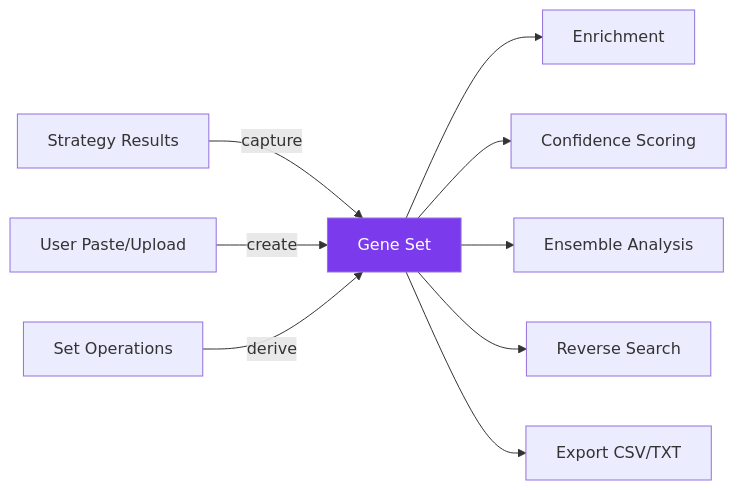
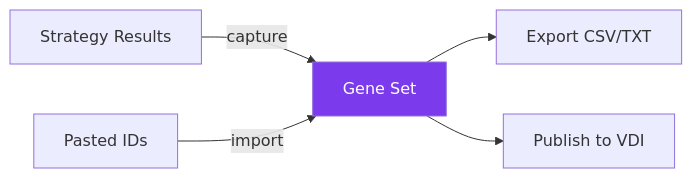
The diagram in apps/api/docs/api/gene_sets.rst (VEuPathDB/pathfinder-app), drawn with Mermaid before and after one commit. The commit also changed other lines of this file and 855 other files, not shown here.

```diff
--- a/apps/api/docs/api/gene_sets.rst
+++ b/apps/api/docs/api/gene_sets.rst
@@ -15,13 +14,9 @@
 .. mermaid::
 
    flowchart LR
        A["Strategy Results"] -->|capture| B["Gene Set"]
-       C["User Paste/Upload"] -->|create| B
-       D["Set Operations"] -->|derive| B
-       B --> E["Enrichment"]
-       B --> F["Confidence Scoring"]
-       B --> G["Ensemble Analysis"]
-       B --> H["Reverse Search"]
+       C["Pasted IDs"] -->|import| B
        B --> I["Export CSV/TXT"]
+       B --> V["Publish to VDI"]
 
        style B fill:#7c3aed,color:#fff
```
